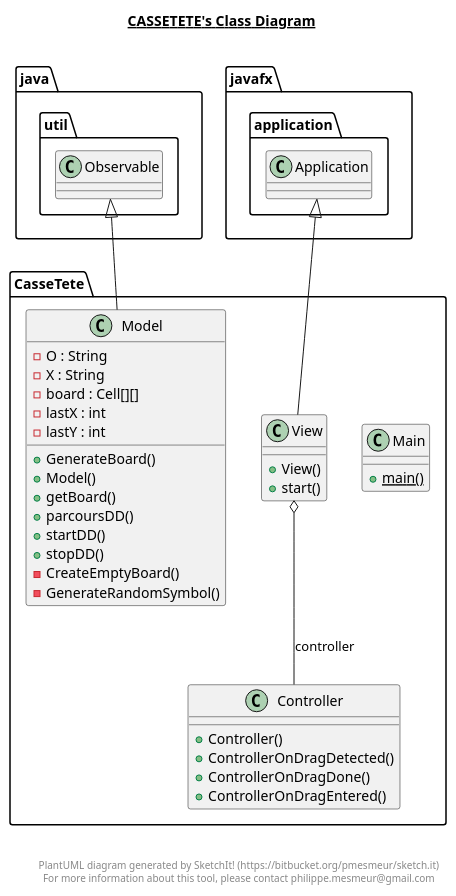
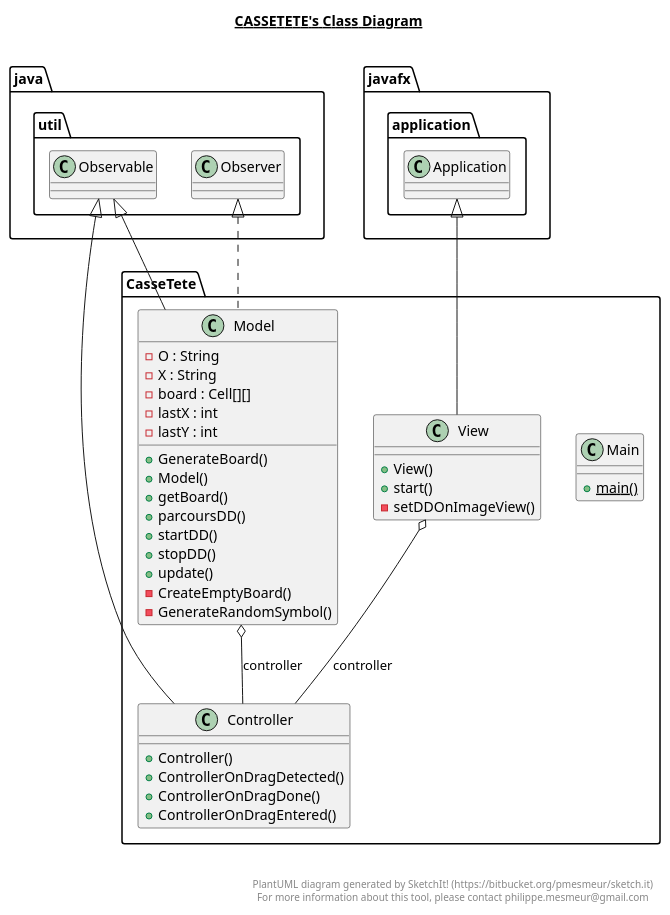
The diagram in src/CasseTete/CasseTete.plantuml (Mex21/CasseTete), drawn with PlantUML before and after one commit. The commit also changed 12 other files, not shown here.

```diff
--- a/src/CasseTete/CasseTete.plantuml
+++ b/src/CasseTete/CasseTete.plantuml
@@ -1,61 +1,66 @@
 @startuml
 
 title __CASSETETE's Class Diagram__\n
 
   namespace CasseTete {
     class CasseTete.Controller {
         + Controller()
         + ControllerOnDragDetected()
         + ControllerOnDragDone()
         + ControllerOnDragEntered()
     }
   }
   
 
   namespace CasseTete {
     class CasseTete.Main {
         {static} + main()
     }
   }
   
 
   namespace CasseTete {
     class CasseTete.Model {
         - O : String
         - X : String
         - board : Cell[][]
         - lastX : int
         - lastY : int
         + GenerateBoard()
         + Model()
         + getBoard()
         + parcoursDD()
         + startDD()
         + stopDD()
+        + update()
         - CreateEmptyBoard()
         - GenerateRandomSymbol()
     }
   }
   
 
   namespace CasseTete {
     class CasseTete.View {
         + View()
         + start()
+        - setDDOnImageView()
     }
   }
   
 
+  CasseTete.Controller -up-|> java.util.Observable
+  CasseTete.Model .up.|> java.util.Observer
   CasseTete.Model -up-|> java.util.Observable
+  CasseTete.Model o-- CasseTete.Controller : controller
   CasseTete.View -up-|> javafx.application.Application
   CasseTete.View o-- CasseTete.Controller : controller
 
 
 right footer
 
 
 PlantUML diagram generated by SketchIt! (https://bitbucket.org/pmesmeur/sketch.it)
 For more information about this tool, please contact philippe.mesmeur@gmail.com
 endfooter
 
 @enduml
```
